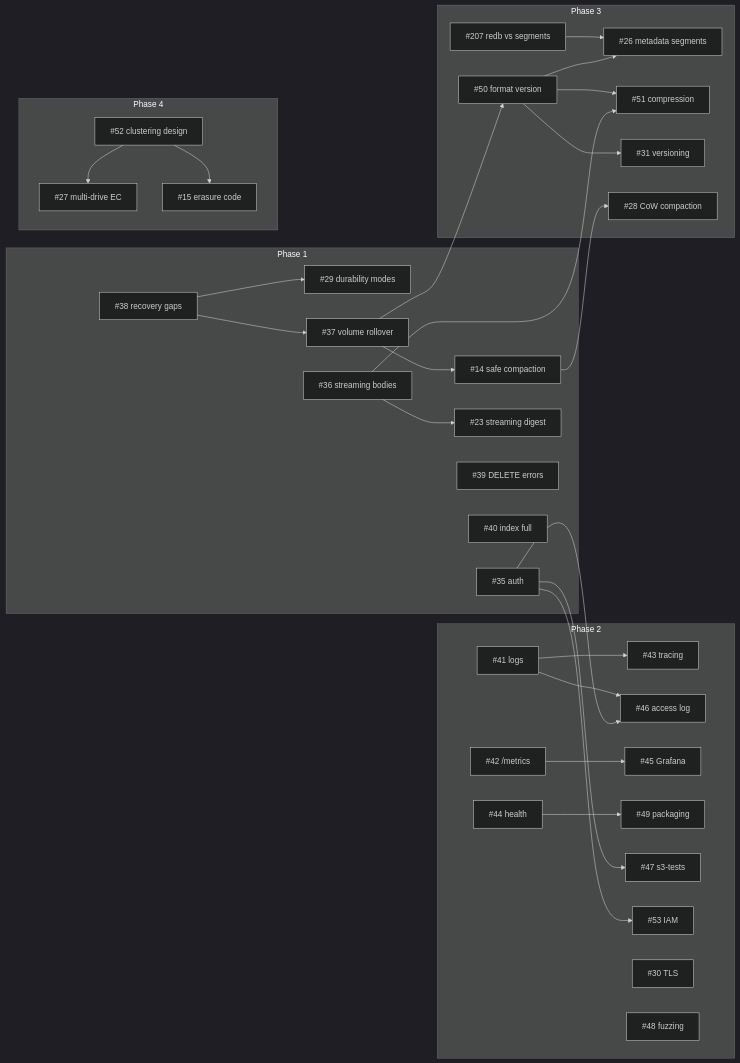
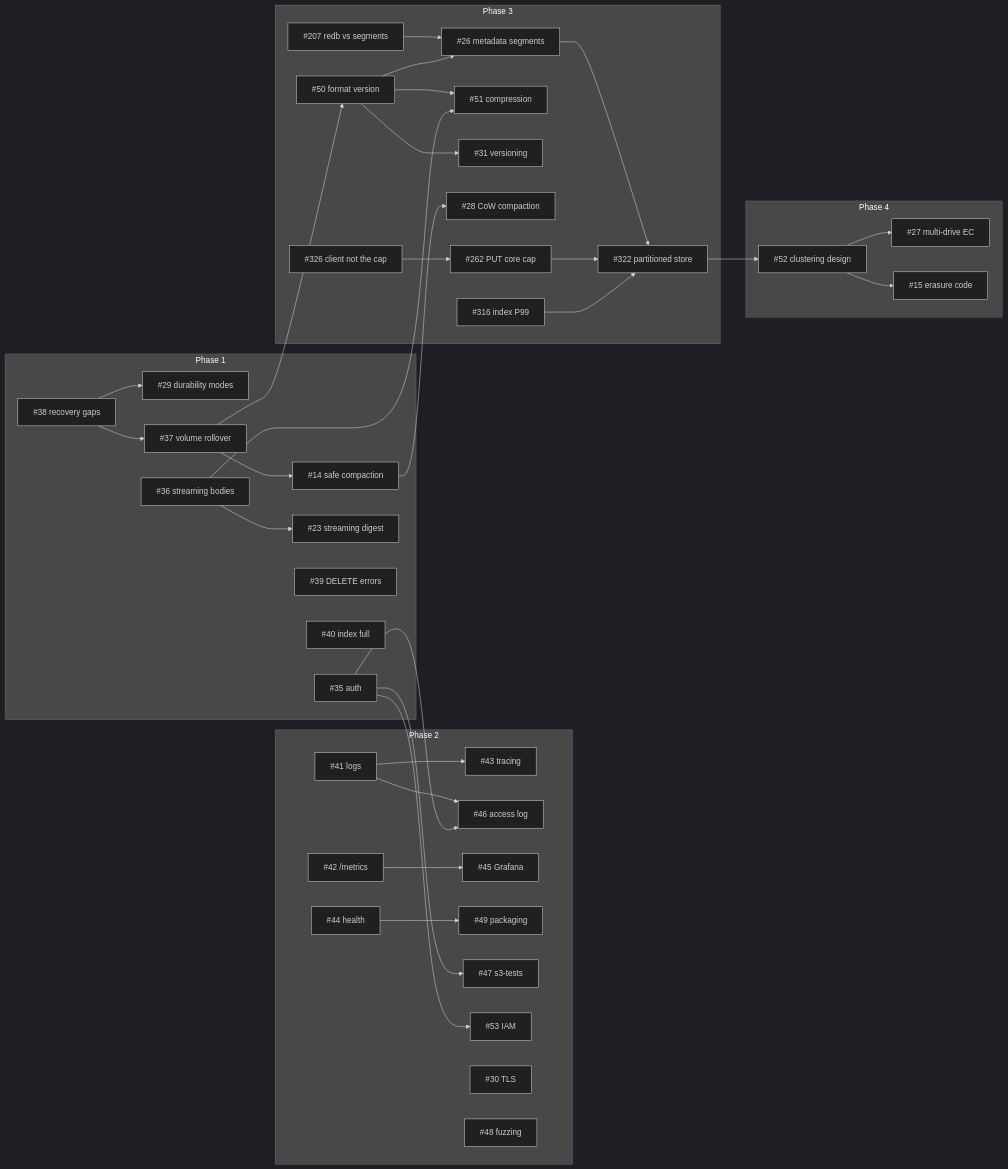
Before and after one commit to iskandarnorazli/Awanfs: the diagram in ROADMAP_AND_DEPENDENCIES.md, drawn with Mermaid (dark theme). The commit also changed other lines of this file and 1 other file, not shown here.

Commit message:
Docs: decision 69, the partitioned store across cores and disks (#322)
The owner agreed the plan on 2026-11-20 (posted on #322, comment 7033753496):
B, a partitioned store on today's runtime, then D, the data and metadata split;
C only if measured; A not chosen. Checkpoint boot moved here from #26.
ROADMAP: #322 in Phase 3's row, status and graph (#326 -> #262 -> #322,
#316 -> #322, #322 -> #52). The graph renders with mmdc.

````diff
--- a/ROADMAP_AND_DEPENDENCIES.md
+++ b/ROADMAP_AND_DEPENDENCIES.md
@@ -30,38 +30,42 @@
 ```mermaid
 flowchart LR
     subgraph P1["Phase 1"]
         I35["#35 auth"]
         I38["#38 recovery gaps"] --> I29["#29 durability modes"]
         I38 --> I37["#37 volume rollover"] --> I14["#14 safe compaction"]
         I36["#36 streaming bodies"] --> I23["#23 streaming digest"]
         I39["#39 DELETE errors"]
         I40["#40 index full"]
     end
     subgraph P2["Phase 2"]
         I41["#41 logs"] --> I43["#43 tracing"]
         I41 --> I46["#46 access log"]
         I42["#42 /metrics"] --> I45["#45 Grafana"]
         I44["#44 health"] --> I49["#49 packaging"]
         I47["#47 s3-tests"]
         I53["#53 IAM"]
         I30["#30 TLS"]
         I48["#48 fuzzing"]
     end
     subgraph P3["Phase 3"]
         I207["#207 redb vs segments"] --> I26["#26 metadata segments"]
         I50["#50 format version"] --> I26
         I50 --> I51["#51 compression"]
         I50 --> I31["#31 versioning"]
         I28["#28 CoW compaction"]
+        I26 --> I322["#322 partitioned store"]
+        I326["#326 client not the cap"] --> I262["#262 PUT core cap"] --> I322
+        I316["#316 index P99"] --> I322
     end
     subgraph P4["Phase 4"]
         I52["#52 clustering design"] --> I27["#27 multi-drive EC"]
         I52 --> I15["#15 erasure code"]
     end
+    I322 --> I52
     I35 --> I46
     I35 --> I47
     I35 --> I53
     I37 --> I50
     I36 --> I51
     I14 --> I28
 ```
````
